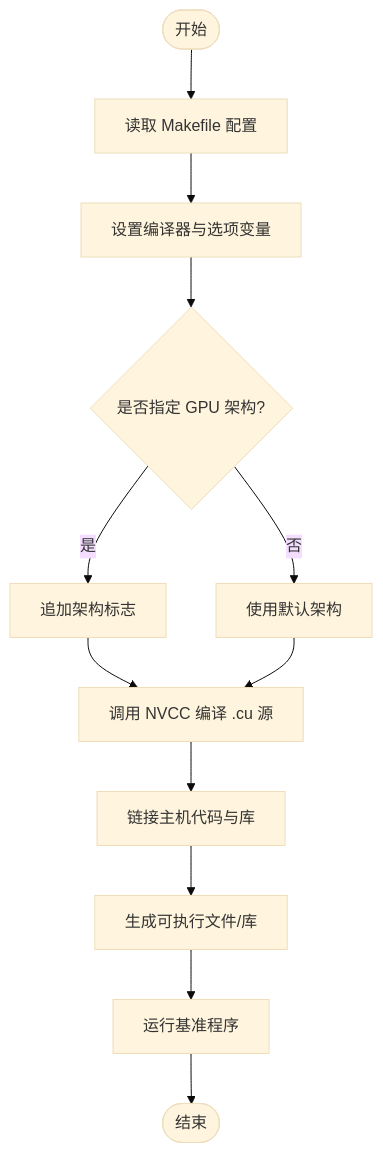
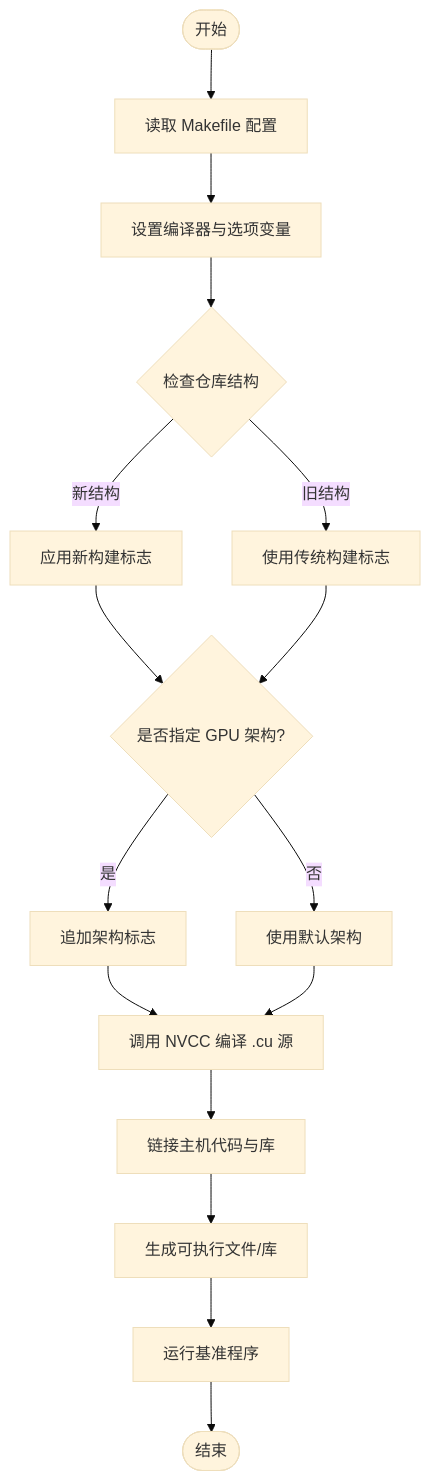
One commit to Bitllion/gemm_benchmark changed the second of 3 diagrams in .qoder/repowiki/zh/content/开发者指南/构建系统定制.md. Above: the diagram before and after it, drawn with Mermaid (base theme). The commit also changed other lines of this file and 5 other files, not shown here.

````diff
--- a/.qoder/repowiki/zh/content/开发者指南/构建系统定制.md
+++ b/.qoder/repowiki/zh/content/开发者指南/构建系统定制.md
@@ -71,14 +84,18 @@
 ```mermaid
 flowchart TD
 Start(["开始"]) --> ReadMake["读取 Makefile 配置"]
 ReadMake --> SetVars["设置编译器与选项变量"]
-SetVars --> SelectArch{"是否指定 GPU 架构?"}
+SetVars --> CheckRepo{"检查仓库结构"}
+CheckRepo --> |新结构| NewFlags["应用新构建标志"]
+CheckRepo --> |旧结构| OldFlags["使用传统构建标志"]
+NewFlags --> SelectArch{"是否指定 GPU 架构?"}
+OldFlags --> SelectArch
 SelectArch --> |是| ArchFlags["追加架构标志"]
 SelectArch --> |否| DefaultArch["使用默认架构"]
 ArchFlags --> Compile["调用 NVCC 编译 .cu 源"]
 DefaultArch --> Compile
 Compile --> Link["链接主机代码与库"]
 Link --> Output["生成可执行文件/库"]
 Output --> Run["运行基准程序"]
 Run --> End(["结束"])
 ```
````
